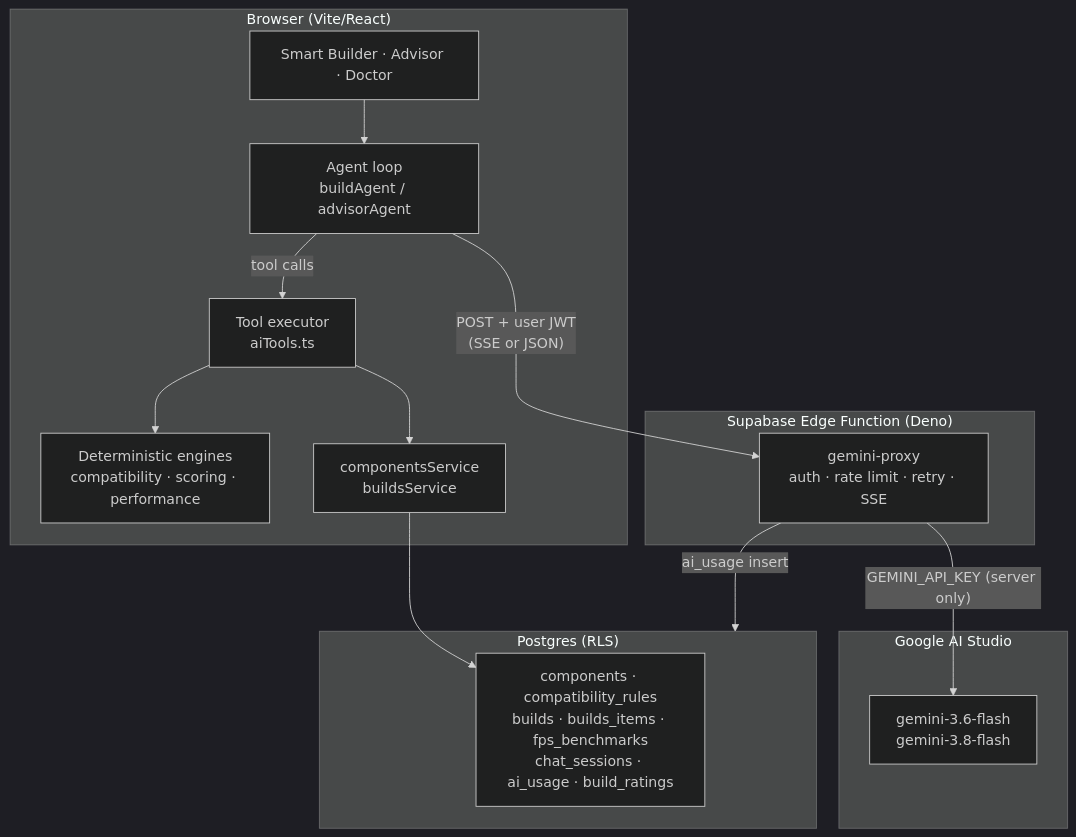
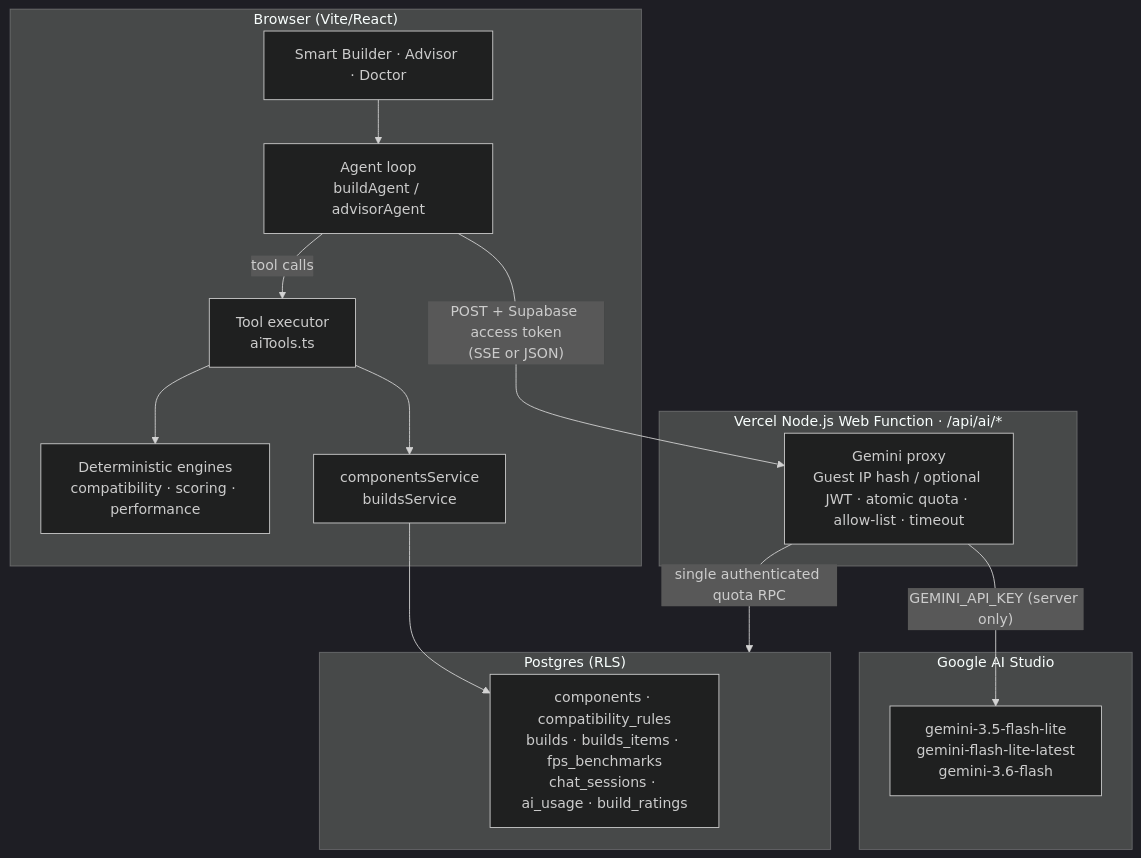
The diagram in docs/AI_ARCHITECTURE.md (ahmed4k4/projects_instructions_Final), drawn with Mermaid (dark theme) before and after one commit. The commit also changed other lines of this file and 193 other files, not shown here.

````diff
--- a/docs/AI_ARCHITECTURE.md
+++ b/docs/AI_ARCHITECTURE.md
@@ -23,31 +23,31 @@
 ```mermaid
 flowchart TB
     subgraph Browser["Browser (Vite/React)"]
         UI["Smart Builder · Advisor · Doctor"]
         Agent["Agent loop<br/>buildAgent / advisorAgent"]
         Tools["Tool executor<br/>aiTools.ts"]
         Engines["Deterministic engines<br/>compatibility · scoring · performance"]
         Svc["componentsService<br/>buildsService"]
         UI --> Agent
         Agent -->|tool calls| Tools
         Tools --> Engines
         Tools --> Svc
     end
 
-    subgraph Edge["Supabase Edge Function (Deno)"]
-        Proxy["gemini-proxy<br/>auth · rate limit · retry · SSE"]
+    subgraph Vercel["Vercel Node.js Web Function · /api/ai/*"]
+        Proxy["Gemini proxy<br/>Guest IP hash / optional JWT · atomic quota · allow-list · timeout"]
     end
 
     subgraph Google["Google AI Studio"]
-        Gemini["gemini-3.6-flash<br/>gemini-3.8-flash"]
+        Gemini["gemini-3.5-flash-lite<br/>gemini-flash-lite-latest<br/>gemini-3.6-flash"]
     end
 
     subgraph DB["Postgres (RLS)"]
         Tables["components · compatibility_rules<br/>builds · builds_items · fps_benchmarks<br/>chat_sessions · ai_usage · build_ratings"]
     end
 
-    Agent -->|"POST + user JWT<br/>(SSE or JSON)"| Proxy
+    Agent -->|"POST + Supabase access token<br/>(SSE or JSON)"| Proxy
+    Proxy -->|"single authenticated quota RPC"| DB
     Proxy -->|"GEMINI_API_KEY (server only)"| Gemini
-    Proxy -->|"ai_usage insert"| DB
     Svc --> Tables
 ```
````
